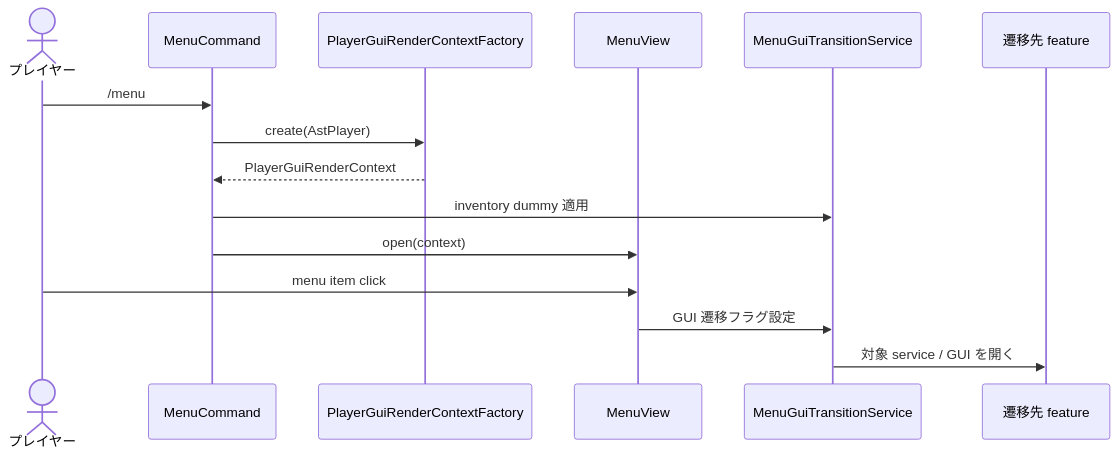
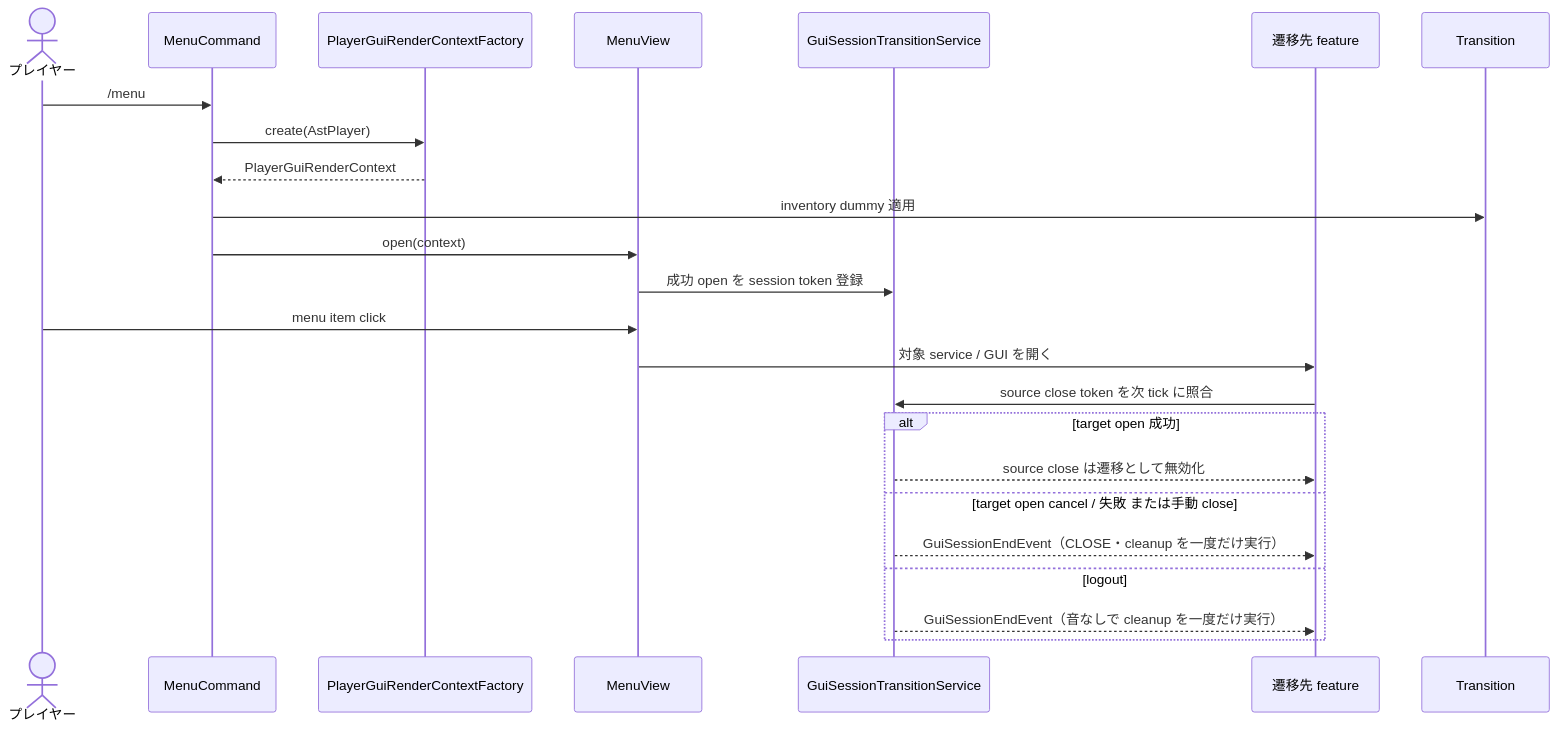
The first of 3 diagrams in 00_docs/10_Plugin設計書/feature/09-menu/09_4-統合フロー.md (maaasu/AstralRecord-Workspace), drawn with Mermaid before and after one commit. The commit also changed other lines of this file and 33 other files, not shown here.

````diff
--- a/00_docs/10_Plugin設計書/feature/09-menu/09_4-統合フロー.md
+++ b/00_docs/10_Plugin設計書/feature/09-menu/09_4-統合フロー.md
@@ -7,18 +7,26 @@
 ```mermaid
 sequenceDiagram
     actor Player as プレイヤー
     participant Command as MenuCommand
     participant Context as PlayerGuiRenderContextFactory
     participant View as MenuView
-    participant Transition as MenuGuiTransitionService
+    participant Session as GuiSessionTransitionService
     participant Feature as 遷移先 feature
 
     Player->>Command: /menu
     Command->>Context: create(AstPlayer)
     Context-->>Command: PlayerGuiRenderContext
     Command->>Transition: inventory dummy 適用
     Command->>View: open(context)
+    View->>Session: 成功 open を session token 登録
     Player->>View: menu item click
-    View->>Transition: GUI 遷移フラグ設定
-    Transition->>Feature: 対象 service / GUI を開く
+    View->>Feature: 対象 service / GUI を開く
+    Feature->>Session: source close token を次 tick に照合
+    alt target open 成功
+        Session-->>Feature: source close は遷移として無効化
+    else target open cancel / 失敗 または手動 close
+        Session-->>Feature: GuiSessionEndEvent（CLOSE・cleanup を一度だけ実行）
+    else logout
+        Session-->>Feature: GuiSessionEndEvent（音なしで cleanup を一度だけ実行）
+    end
 ```
````
